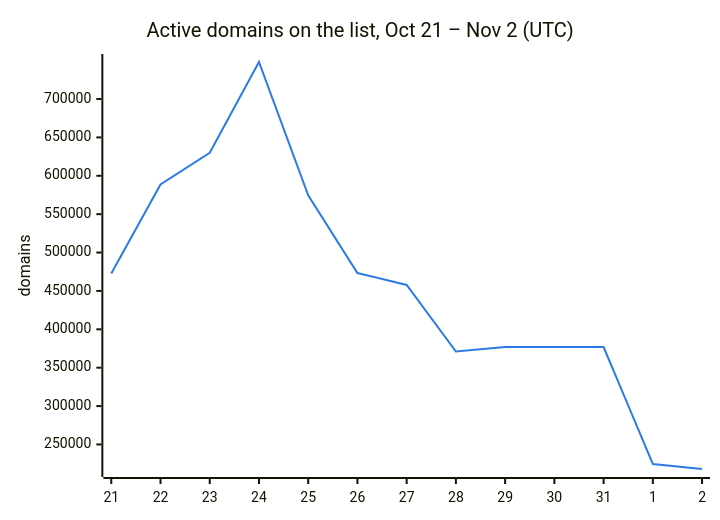
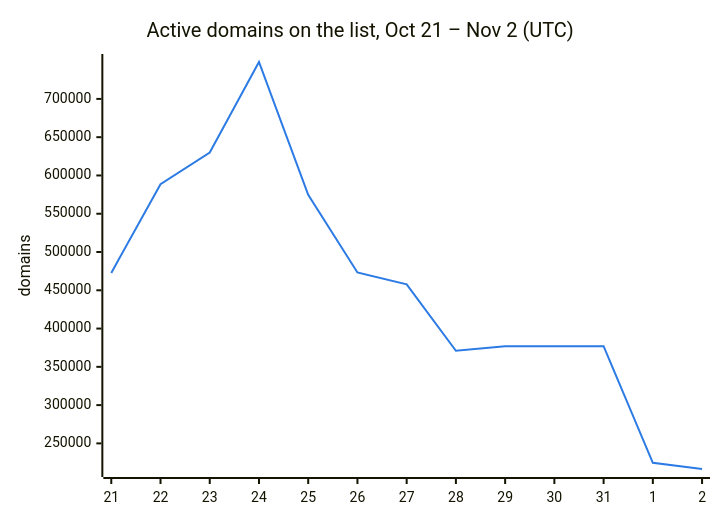
The second of 3 diagrams in README.md (DNSBunker/CTI), drawn with Mermaid before and after one commit. The commit also changed other lines of this file and 3 other files, not shown here.

````diff
--- a/README.md
+++ b/README.md
@@ -38,8 +38,8 @@
 ```mermaid
 %%{init: {"themeVariables": {"xyChart": {"plotColorPalette": "#2c7be5"}}}}%%
 xychart-beta
     title "Active domains on the list, Oct 21 – Nov 2 (UTC)"
     x-axis ["21", "22", "23", "24", "25", "26", "27", "28", "29", "30", "31", "1", "2"]
     y-axis "domains"
-    line [472713, 588659, 629951, 748222, 574614, 473331, 457795, 371010, 376945, 376945, 376945, 224607, 218025]
+    line [472713, 588659, 629951, 748222, 574614, 473331, 457795, 371010, 376945, 376945, 376945, 224607, 216538]
 ```
````
